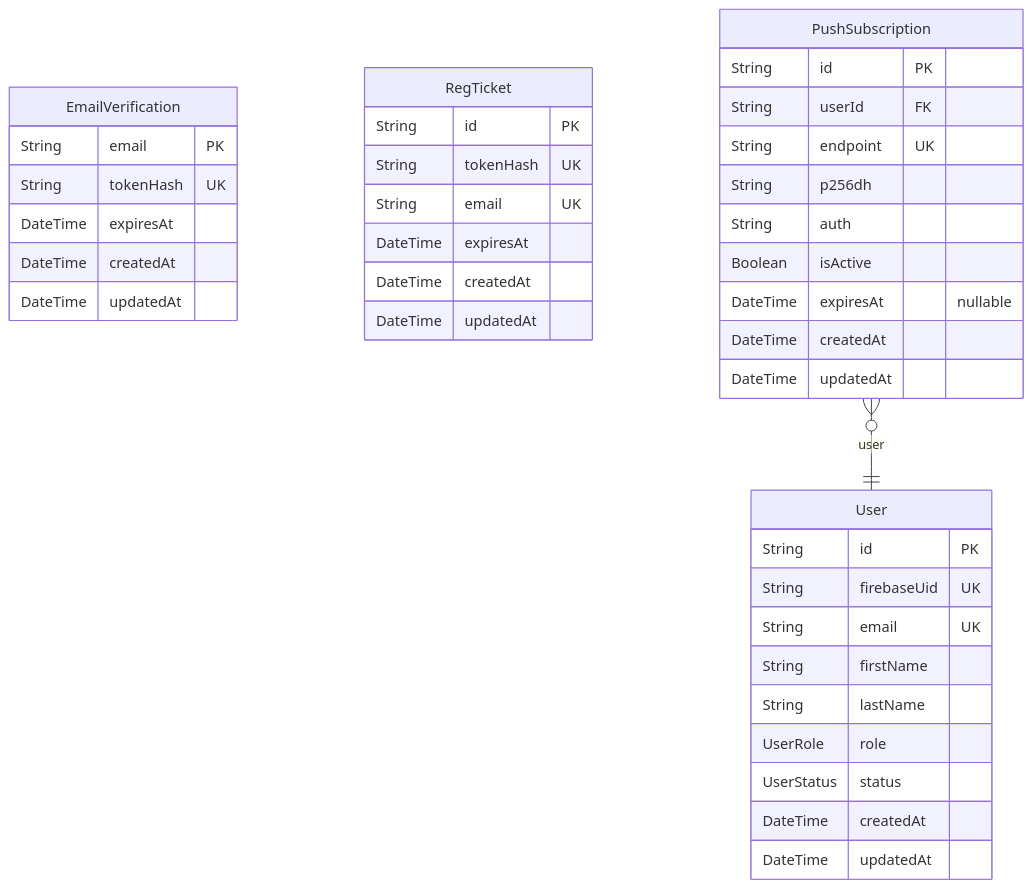
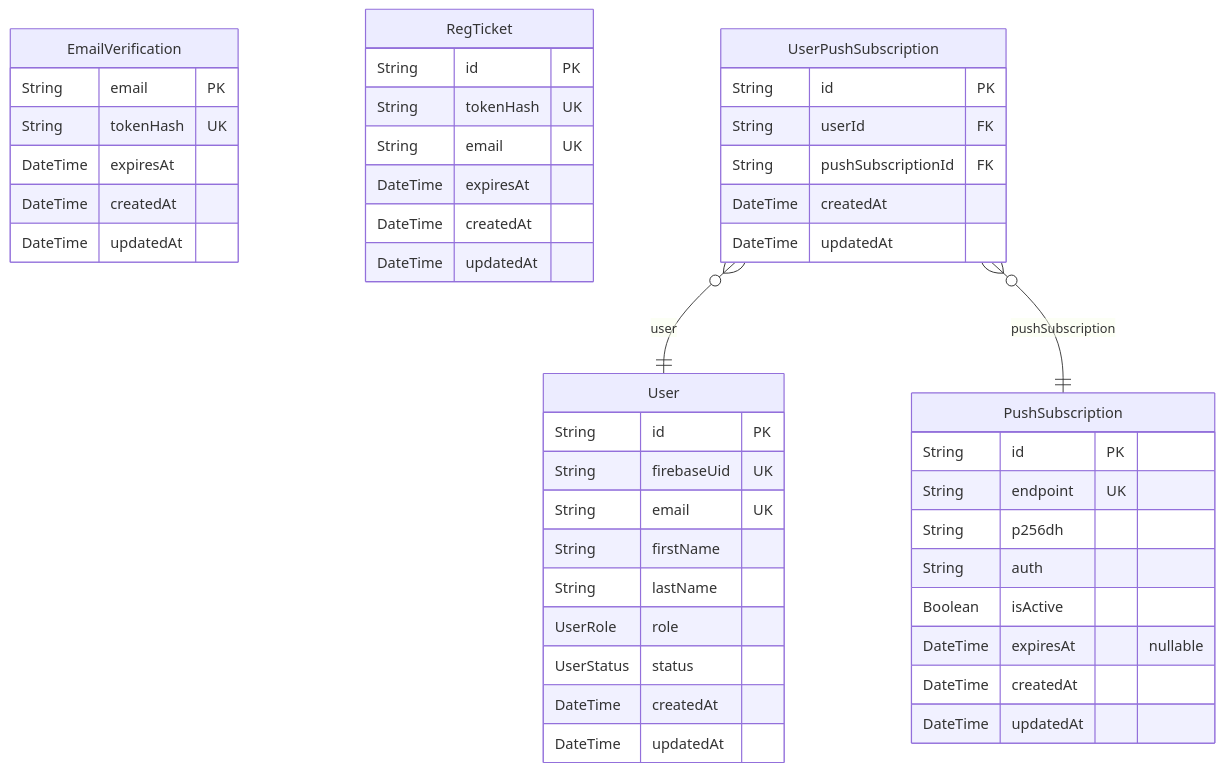
Before and after one commit to sohosai/sos26: the diagram in apps/api/prisma/ERD.md, drawn with Mermaid. The commit also changed other lines of this file and 3 other files, not shown here.

````diff
--- a/apps/api/prisma/ERD.md
+++ b/apps/api/prisma/ERD.md
@@ -9,41 +9,48 @@
 ```mermaid
 erDiagram
 "EmailVerification" {
   String email PK
   String tokenHash UK
   DateTime expiresAt
   DateTime createdAt
   DateTime updatedAt
 }
 "RegTicket" {
   String id PK
   String tokenHash UK
   String email UK
   DateTime expiresAt
   DateTime createdAt
   DateTime updatedAt
 }
 "User" {
   String id PK
   String firebaseUid UK
   String email UK
   String firstName
   String lastName
   UserRole role
   UserStatus status
   DateTime createdAt
   DateTime updatedAt
 }
 "PushSubscription" {
   String id PK
-  String userId FK
   String endpoint UK
   String p256dh
   String auth
   Boolean isActive
   DateTime expiresAt "nullable"
   DateTime createdAt
   DateTime updatedAt
 }
-"PushSubscription" }o--|| "User" : user
+"UserPushSubscription" {
+  String id PK
+  String userId FK
+  String pushSubscriptionId FK
+  DateTime createdAt
+  DateTime updatedAt
+}
+"UserPushSubscription" }o--|| "User" : user
+"UserPushSubscription" }o--|| "PushSubscription" : pushSubscription
 ```
````
